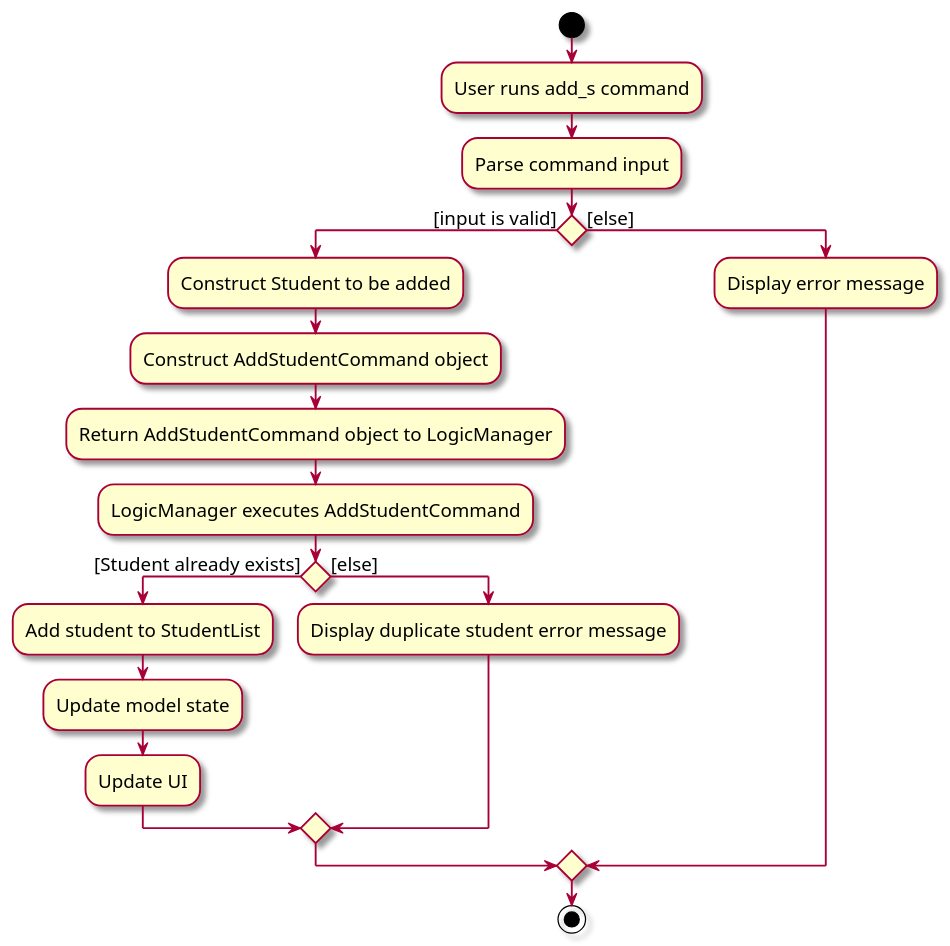
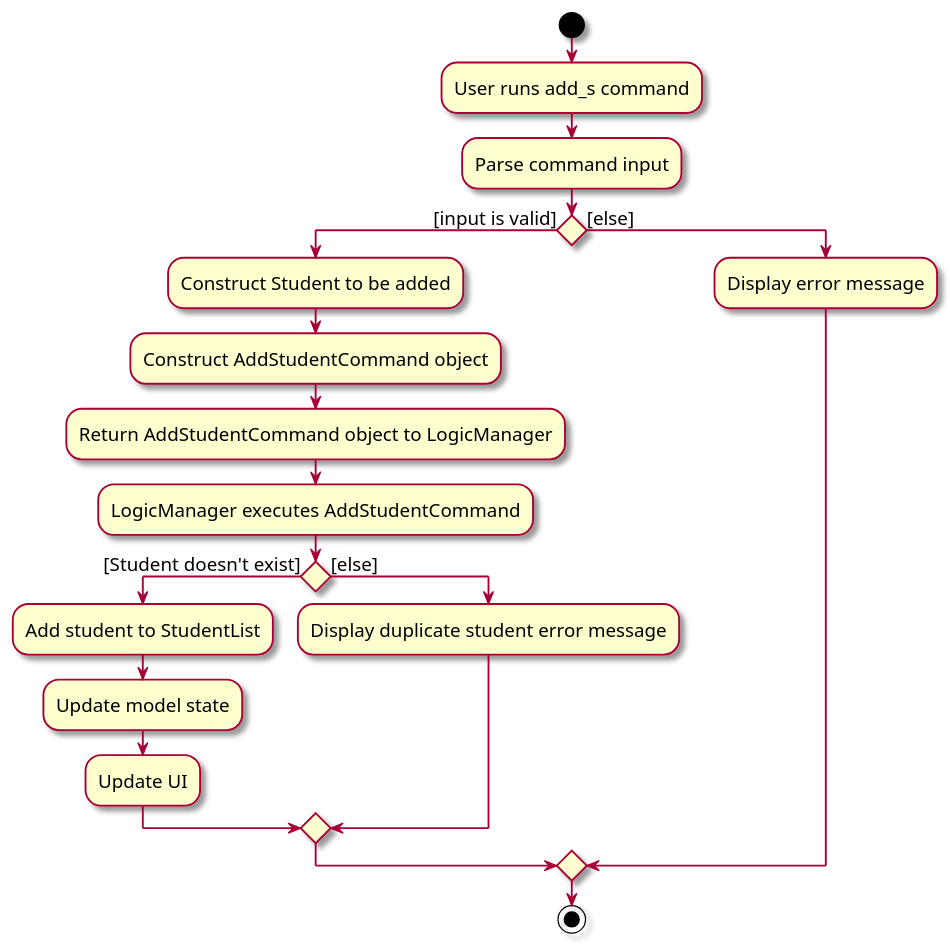
Before and after one commit to nus-cs2103-AY2425S1/tp: the diagram in docs/diagrams/AddStudentActivityDiagram.puml, drawn with PlantUML. The commit also changed 1 other file, not shown here.

Commit message:
Fix add student diagrams in DG

```diff
--- a/docs/diagrams/AddStudentActivityDiagram.puml
+++ b/docs/diagrams/AddStudentActivityDiagram.puml
@@ -1,27 +1,27 @@
 @startuml
 skin rose
 skinparam ActivityFontSize 15
 skinparam ArrowFontSize 15
 start
 :User runs add_s command;
 
 :Parse command input;
 
 if () then ([input is valid])
     :Construct Student to be added;
     :Construct AddStudentCommand object;
     :Return AddStudentCommand object to LogicManager;
     :LogicManager executes AddStudentCommand;
-    if () then ([Student already exists])
+    if () then ([Student doesn't exist])
         :Add student to StudentList;
         :Update model state;
         :Update UI;
     else ([else])
         :Display duplicate student error message;
     endif
 else ([else])
     :Display error message;
 endif
 
 stop
 @enduml
```
